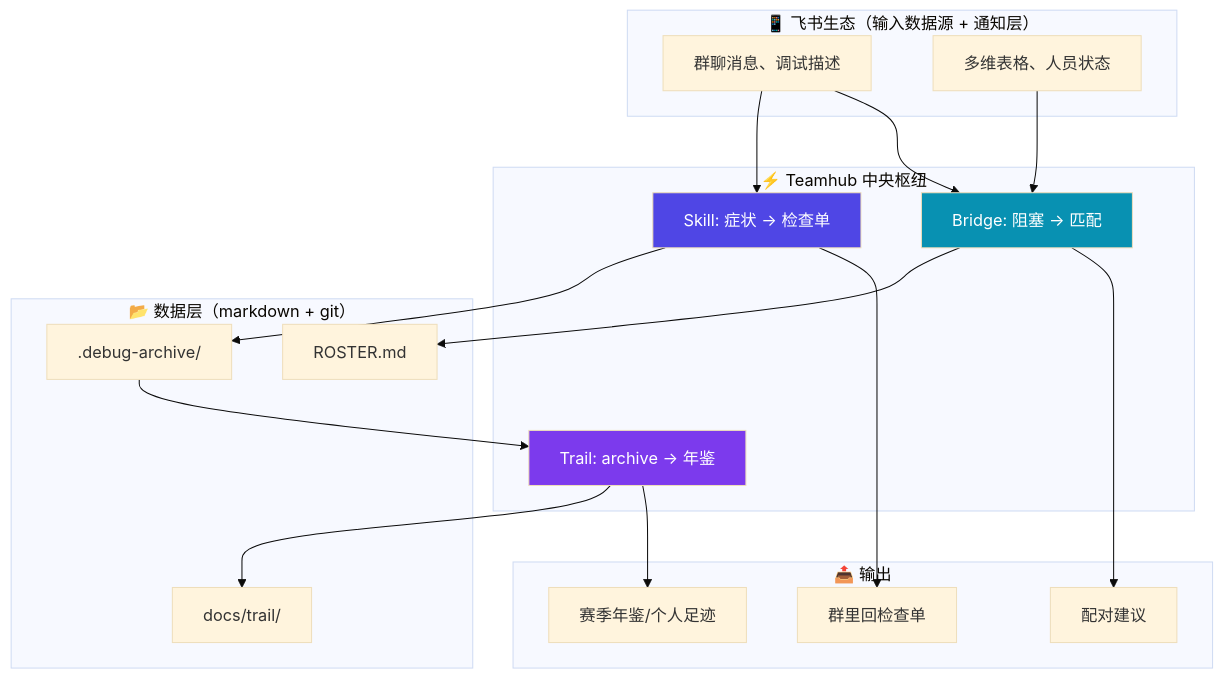
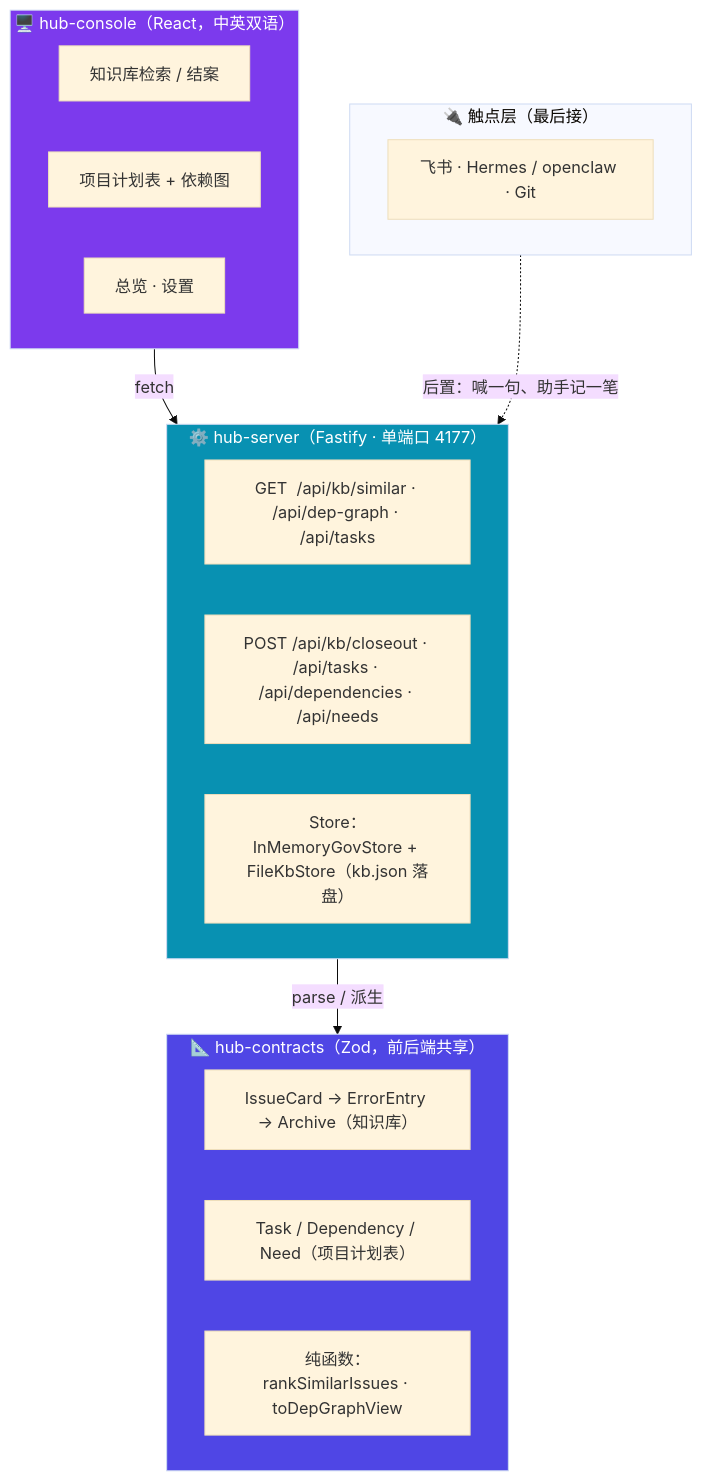
One commit to Jackrainman/TeamHub changed the first of 2 diagrams in README.md. Above: the diagram before and after it, drawn with Mermaid (base theme). The commit also changed other lines of this file, not shown here.

````diff
--- a/README.md
+++ b/README.md
@@ -67,42 +66,32 @@
 ```mermaid
 flowchart TB
-    subgraph "📱 飞书生态（输入数据源 + 通知层）"
-        L1["群聊消息、调试描述"]
-        L2["多维表格、人员状态"]
+    subgraph CONSOLE["🖥️ hub-console（React，中英双语）"]
+        P1["知识库检索 / 结案"]
+        P2["项目计划表 + 依赖图"]
+        P3["总览 · 设置"]
     end
 
-    subgraph "⚡ Teamhub 中央枢纽"
-        S["Skill: 症状 → 检查单"]
-        B["Bridge: 阻塞 → 匹配"]
-        T["Trail: archive → 年鉴"]
+    subgraph SERVER["⚙️ hub-server（Fastify · 单端口 4177）"]
+        R1["GET  /api/kb/similar · /api/dep-graph · /api/tasks"]
+        R2["POST /api/kb/closeout · /api/tasks · /api/dependencies · /api/needs"]
+        ST["Store：InMemoryGovStore + FileKbStore（kb.json 落盘）"]
     end
 
-    subgraph "📂 数据层（markdown + git）"
-        A1[".debug-archive/"]
-        A2[ROSTER.md]
-        A3["docs/trail/"]
+    subgraph CONTRACTS["📐 hub-contracts（Zod，前后端共享）"]
+        C1["IssueCard → ErrorEntry → Archive（知识库）"]
+        C2["Task / Dependency / Need（项目计划表）"]
+        C3["纯函数：rankSimilarIssues · toDepGraphView"]
     end
 
-    subgraph "📤 输出"
-        O1[群里回检查单]
-        O2[配对建议]
-        O3["赛季年鉴/个人足迹"]
+    subgraph EDGE["🔌 触点层（最后接）"]
+        E1["飞书 · Hermes / openclaw · Git"]
     end
 
-    L1 --> S
-    L1 --> B
-    L2 --> B
+    CONSOLE -->|fetch| SERVER
+    SERVER -->|parse / 派生| CONTRACTS
+    EDGE -.->|后置：喊一句、助手记一笔| SERVER
 
-    S --> A1
-    B --> A2
-    A1 --> T
-    T --> A3
-
-    S --> O1
-    B --> O2
-    T --> O3
-
-    style S fill:#4f46e5,color:#fff
-    style B fill:#0891b2,color:#fff
-    style T fill:#7c3aed,color:#fff
+    style SERVER fill:#0891b2,color:#fff
+    style CONTRACTS fill:#4f46e5,color:#fff
+    style CONSOLE fill:#7c3aed,color:#fff
 ```
````
